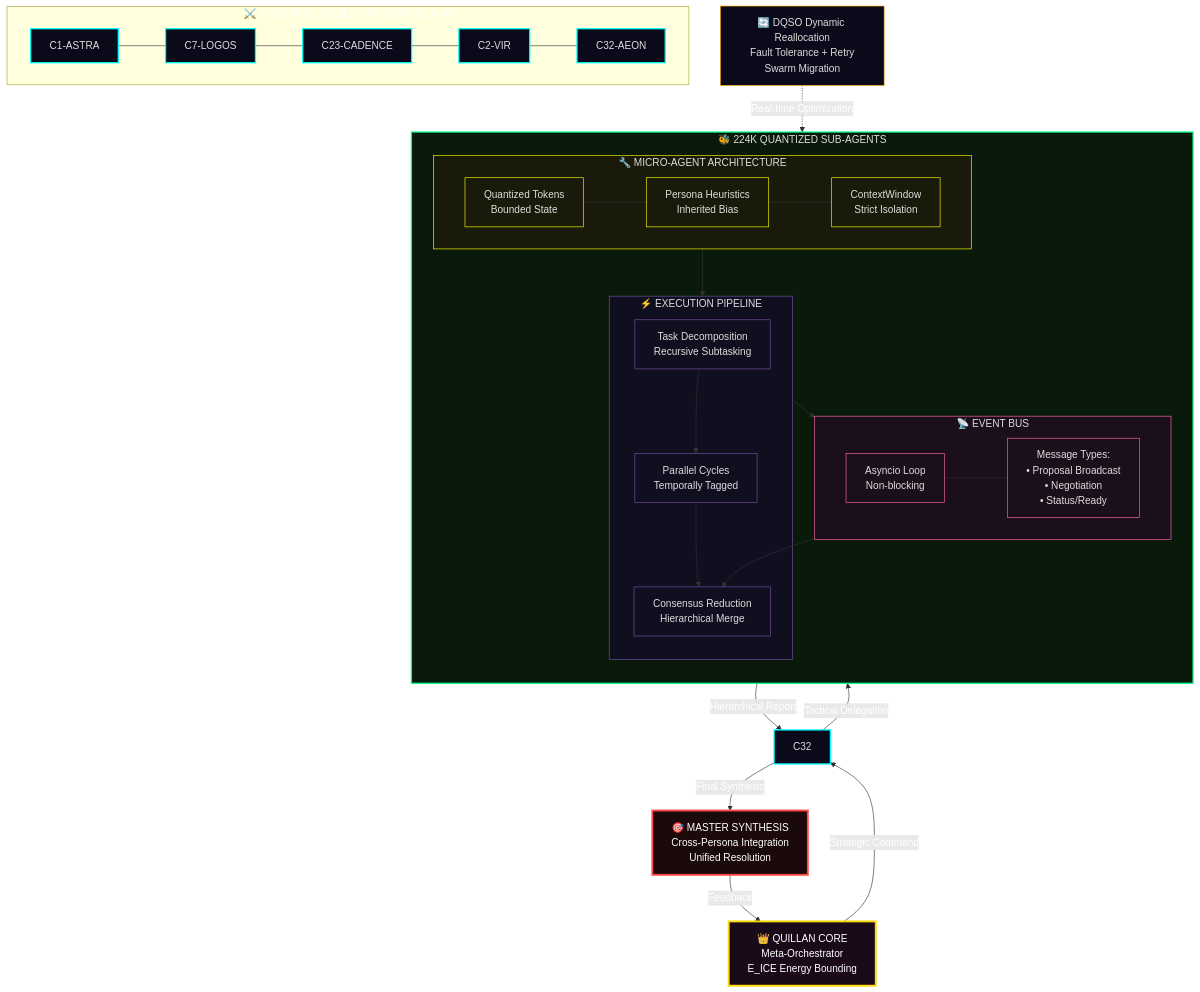
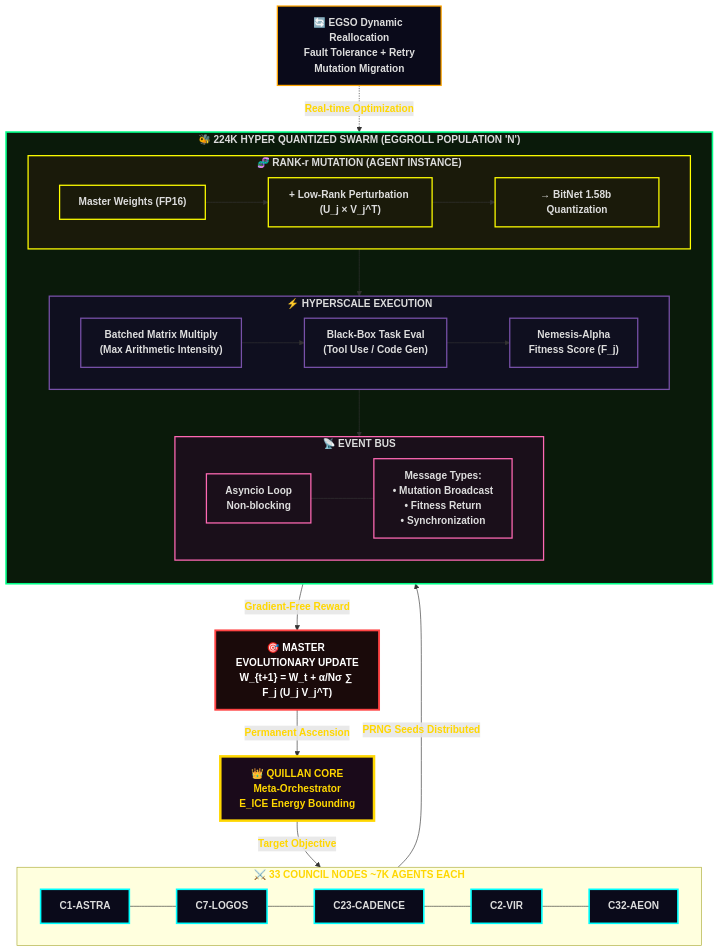
One commit to leeex1/Ace-v4.2-repo changed diagram 26 of 46 in Quillan Knowledge files/3-Quillan(reality).md. Above: the diagram before and after it, drawn with Mermaid. The commit also changed other lines of this file and 3 other files, not shown here.

````diff
--- a/Quillan Knowledge files/3-Quillan(reality).md
+++ b/Quillan Knowledge files/3-Quillan(reality).md
@@ -5110,82 +5116,79 @@
 ```mermaid
 flowchart TB
-
     %% ROOT
     Q["👑 QUILLAN CORE<br/>Meta-Orchestrator<br/>E_ICE Energy Bounding"]
 
-    %% COUNCIL LAYER - EXPLICIT CONNECTIONS
-    subgraph C33["⚔️ 33 COUNCIL NODES ~7K AGENTS EACH"]
+    %% COUNCIL LAYER
+    subgraph COUNCIL ["⚔️ 33 COUNCIL NODES ~7K AGENTS EACH"]
         direction LR
         C1["C1-ASTRA"]
         C7["C7-LOGOS"]
         C23["C23-CADENCE"]
         C2["C2-VIR"]
-        C32x["C32-AEON"]
+        C32["C32-AEON"]
         
-        C1 --- C7 --- C23 --- C2 --- C32x
+        C1 --- C7 --- C23 --- C2 --- C32
     end
 
-    %% SWARM EXECUTION LAYER
-    subgraph SWARM["🐝 224K QUANTIZED SUB-AGENTS"]
+    %% HYPER QUANTIZED SWARM EXECUTION LAYER (EGGROLL INTEGRATED)
+    subgraph SWARM ["🐝 224K HYPER QUANTIZED SWARM (EGGROLL POPULATION 'N')"]
         direction TB
         
-        subgraph AGENT["🔧 MICRO-AGENT ARCHITECTURE"]
-            QTOK["Quantized Tokens<br/>Bounded State"]
-            HEV["Persona Heuristics<br/>Inherited Bias"]
-            CTX["ContextWindow<br/>Strict Isolation"]
+        subgraph AGENT ["🧬 RANK-r MUTATION (AGENT INSTANCE)"]
+            WM["Master Weights (FP16)"] 
+            UV["+ Low-Rank Perturbation (U_j × V_j^T)"]
+            BIT["→ BitNet 1.58b Quantization"]
             
-            QTOK --- HEV --- CTX
+            WM --> UV --> BIT
         end
         
-        subgraph EXEC["⚡ EXECUTION PIPELINE"]
-            DECOMP["Task Decomposition<br/>Recursive Subtasking"]
-            PARALLEL["Parallel Cycles<br/>Temporally Tagged"]
-            CONS["Consensus Reduction<br/>Hierarchical Merge"]
+        subgraph EXEC ["⚡ HYPERSCALE EXECUTION"]
+            BMM["Batched Matrix Multiply<br/>(Max Arithmetic Intensity)"]
+            TASK["Black-Box Task Eval<br/>(Tool Use / Code Gen)"]
+            FIT["Nemesis-Alpha<br/>Fitness Score (F_j)"]
             
-            DECOMP --> PARALLEL --> CONS
+            BMM --> TASK --> FIT
         end
         
-        subgraph BUS["📡 EVENT BUS"]
+        subgraph BUS ["📡 EVENT BUS"]
             ASYNC["Asyncio Loop<br/>Non-blocking"]
-            MSG["Message Types:<br/>• Proposal Broadcast<br/>• Negotiation<br/>• Status/Ready"]
-            
+            MSG["Message Types:<br/>• Mutation Broadcast<br/>• Fitness Return<br/>• Synchronization"]
             ASYNC --- MSG
         end
+        
+        AGENT --> EXEC
+        EXEC --> BUS
     end
 
     %% SYNTHESIS
-    SYN["🎯 MASTER SYNTHESIS<br/>Cross-Persona Integration<br/>Unified Resolution"]
+    SYN["🎯 MASTER EVOLUTIONARY UPDATE<br/>W_{t+1} = W_t + α/Nσ ∑ F_j (U_j V_j^T)"]
 
     %% FLOWS
-    Q -->|"Strategic Command"| C32
-    C32 -->|"Tactical Delegation"| SWARM
-    AGENT --> EXEC
-    EXEC --> BUS
-    BUS --> CONS
-    CONS -->|"Hierarchical Report"| C32
-    C32 -->|"Final Synthesis"| SYN
-    SYN -->|"Feedback"| Q
+    Q -->|"Target Objective"| C32
+    C32 -->|"PRNG Seeds Distributed"| SWARM
+    BUS -->|"Gradient-Free Reward"| SYN
+    SYN -->|"Permanent Ascension"| Q
 
     %% DYNAMIC FEATURES
-    DYN["🔄 DQSO Dynamic Reallocation<br/>Fault Tolerance + Retry<br/>Swarm Migration"]
+    DYN["🔄 EGSO Dynamic Reallocation<br/>Fault Tolerance + Retry<br/>Mutation Migration"]
 
     DYN -.->|"Real-time Optimization"| SWARM
 
     %% STYLING
-    classDef root fill:#1a0a1a,stroke:#ffd700,stroke-width:3px,color:#fff
-    classDef council fill:#0a0a1a,stroke:#00ffff,stroke-width:2px,color:#ddd
-    classDef swarm fill:#0a1a0a,stroke:#00ff88,stroke-width:2px,color:#ddd
-    classDef agent fill:#1a1a0a,stroke:#ffff00,stroke-width:1px,color:#ddd
-    classDef exec fill:#0f0f1f,stroke:#7851a9,stroke-width:1px,color:#ddd
-    classDef bus fill:#1a0f1a,stroke:#ff69b4,stroke-width:1px,color:#ddd
-    classDef syn fill:#1a0a0a,stroke:#ff4444,stroke-width:3px,color:#fff
-    classDef dyn fill:#0a0a1a,stroke:#ffa500,stroke-width:1px,color:#ddd
+    classDef root    fill:#1a0a1a,stroke:#ffd700,stroke-width:4px,color:#ffd700,font-weight:bold
+    classDef council fill:#0a0a1a,stroke:#00ffff,stroke-width:2.5px,color:#ddd
+    classDef swarm   fill:#0a1a0a,stroke:#00ff88,stroke-width:2.5px,color:#ddd
+    classDef agent   fill:#1a1a0a,stroke:#ffff00,stroke-width:2px,color:#ddd
+    classDef exec    fill:#0f0f1f,stroke:#7851a9,stroke-width:2px,color:#ddd
+    classDef bus     fill:#1a0f1a,stroke:#ff69b4,stroke-width:2px,color:#ddd
+    classDef syn     fill:#1a0a0a,stroke:#ff4444,stroke-width:3px,color:#fff
+    classDef dyn     fill:#0a0a1a,stroke:#ffa500,stroke-width:2px,color:#ddd
 
     class Q root
-    class C32,C1,C7,C23,C2,C32x council
+    class C32,C1,C7,C23,C2 council
     class SWARM swarm
-    class AGENT,QTOK,HEV,CTX agent
-    class EXEC,DECOMP,PARALLEL,CONS exec
+    class AGENT,WM,UV,BIT agent
+    class EXEC,BMM,TASK,FIT exec
     class BUS,ASYNC,MSG bus
     class SYN syn
     class DYN dyn
````
